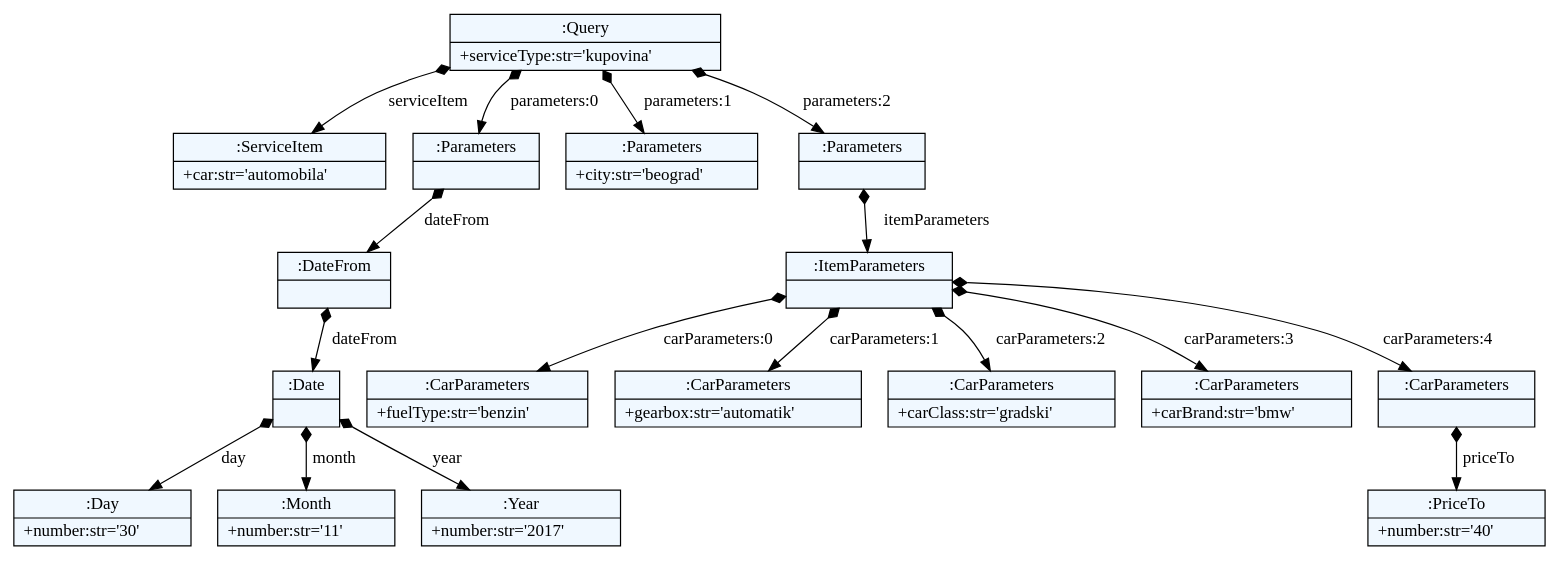
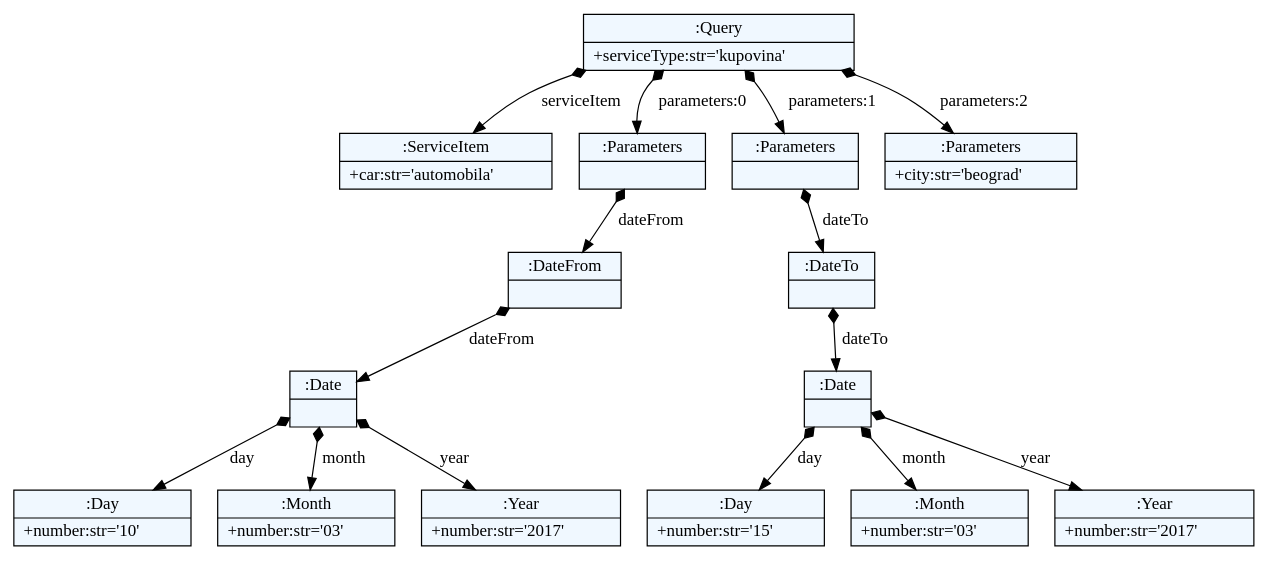
One commit to ftnE2-tim1-2016-17/jsd changed the diagram in textXGrammar/test.dot. Above: the diagram before and after it, drawn with Graphviz. The commit also changed 8 other files, not shown here.

```diff
--- a/textXGrammar/test.dot
+++ b/textXGrammar/test.dot
@@ -1,48 +1,44 @@
 
     digraph xtext {
     fontname = "Bitstream Vera Sans"
     fontsize = 8
     node[
         shape=record,
         style=filled,
         fillcolor=aliceblue
     ]
     nodesep = 0.3
     edge[dir=black,arrowtail=empty]
 
 
-73767456 -> 73765104 [label="serviceItem" arrowtail=diamond dir=both]
-73765104[label="{:ServiceItem|+car:str='automobila'\l}"]
-73767456 -> 73765160 [label="parameters:0" arrowtail=diamond dir=both]
-73765160 -> 73765384 [label="dateFrom" arrowtail=diamond dir=both]
-73765384 -> 73766000 [label="dateFrom" arrowtail=diamond dir=both]
-73766000 -> 73765552 [label="day" arrowtail=diamond dir=both]
-73765552[label="{:Day|+number:str='30'\l}"]
-73766000 -> 73766056 [label="month" arrowtail=diamond dir=both]
-73766056[label="{:Month|+number:str='11'\l}"]
-73766000 -> 73767400 [label="year" arrowtail=diamond dir=both]
-73767400[label="{:Year|+number:str='2017'\l}"]
-73766000[label="{:Date|}"]
-73765384[label="{:DateFrom|}"]
-73765160[label="{:Parameters|}"]
-73767456 -> 73766392 [label="parameters:1" arrowtail=diamond dir=both]
-73766392[label="{:Parameters|+city:str='beograd'\l}"]
-73767456 -> 73767736 [label="parameters:2" arrowtail=diamond dir=both]
-73767736 -> 73765664 [label="itemParameters" arrowtail=diamond dir=both]
-73765664 -> 73765440 [label="carParameters:0" arrowtail=diamond dir=both]
-73765440[label="{:CarParameters|+fuelType:str='benzin'\l}"]
-73765664 -> 73765888 [label="carParameters:1" arrowtail=diamond dir=both]
-73765888[label="{:CarParameters|+gearbox:str='automatik'\l}"]
-73765664 -> 73766952 [label="carParameters:2" arrowtail=diamond dir=both]
-73766952[label="{:CarParameters|+carClass:str='gradski'\l}"]
-73765664 -> 73766784 [label="carParameters:3" arrowtail=diamond dir=both]
-73766784[label="{:CarParameters|+carBrand:str='bmw'\l}"]
-73765664 -> 73766728 [label="carParameters:4" arrowtail=diamond dir=both]
-73766728 -> 73766168 [label="priceTo" arrowtail=diamond dir=both]
-73766168[label="{:PriceTo|+number:str='40'\l}"]
-73766728[label="{:CarParameters|}"]
-73765664[label="{:ItemParameters|}"]
-73767736[label="{:Parameters|}"]
-73767456[label="{:Query|+serviceType:str='kupovina'\l}"]
+67594160 -> 67593968 [label="serviceItem" arrowtail=diamond dir=both]
+67593968[label="{:ServiceItem|+car:str='automobila'\l}"]
+67594160 -> 67594096 [label="parameters:0" arrowtail=diamond dir=both]
+67594096 -> 67594128 [label="dateFrom" arrowtail=diamond dir=both]
+67594128 -> 67593872 [label="dateFrom" arrowtail=diamond dir=both]
+67593872 -> 67592880 [label="day" arrowtail=diamond dir=both]
+67592880[label="{:Day|+number:str='10'\l}"]
+67593872 -> 67594448 [label="month" arrowtail=diamond dir=both]
+67594448[label="{:Month|+number:str='03'\l}"]
+67593872 -> 67594480 [label="year" arrowtail=diamond dir=both]
+67594480[label="{:Year|+number:str='2017'\l}"]
+67593872[label="{:Date|}"]
+67594128[label="{:DateFrom|}"]
+67594096[label="{:Parameters|}"]
+67594160 -> 67585200 [label="parameters:1" arrowtail=diamond dir=both]
+67585200 -> 67594384 [label="dateTo" arrowtail=diamond dir=both]
+67594384 -> 67594544 [label="dateTo" arrowtail=diamond dir=both]
+67594544 -> 67594512 [label="day" arrowtail=diamond dir=both]
+67594512[label="{:Day|+number:str='15'\l}"]
+67594544 -> 67594800 [label="month" arrowtail=diamond dir=both]
+67594800[label="{:Month|+number:str='03'\l}"]
+67594544 -> 67594864 [label="year" arrowtail=diamond dir=both]
+67594864[label="{:Year|+number:str='2017'\l}"]
+67594544[label="{:Date|}"]
+67594384[label="{:DateTo|}"]
+67585200[label="{:Parameters|}"]
+67594160 -> 67594320 [label="parameters:2" arrowtail=diamond dir=both]
+67594320[label="{:Parameters|+city:str='beograd'\l}"]
+67594160[label="{:Query|+serviceType:str='kupovina'\l}"]
 
 }
```
